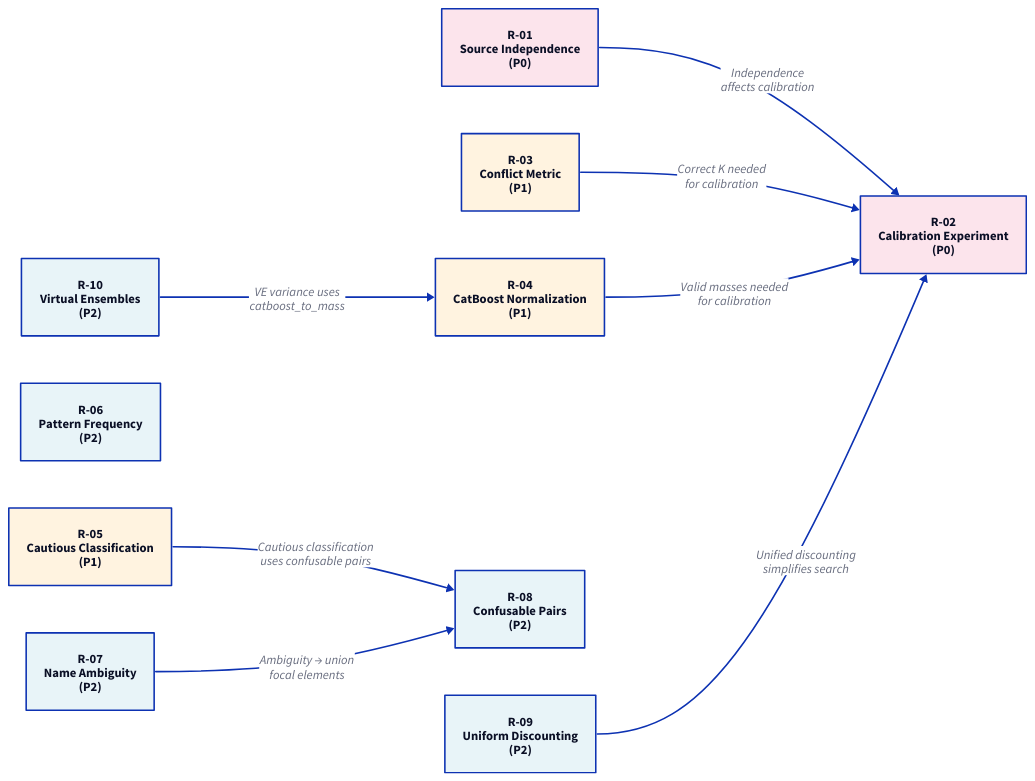
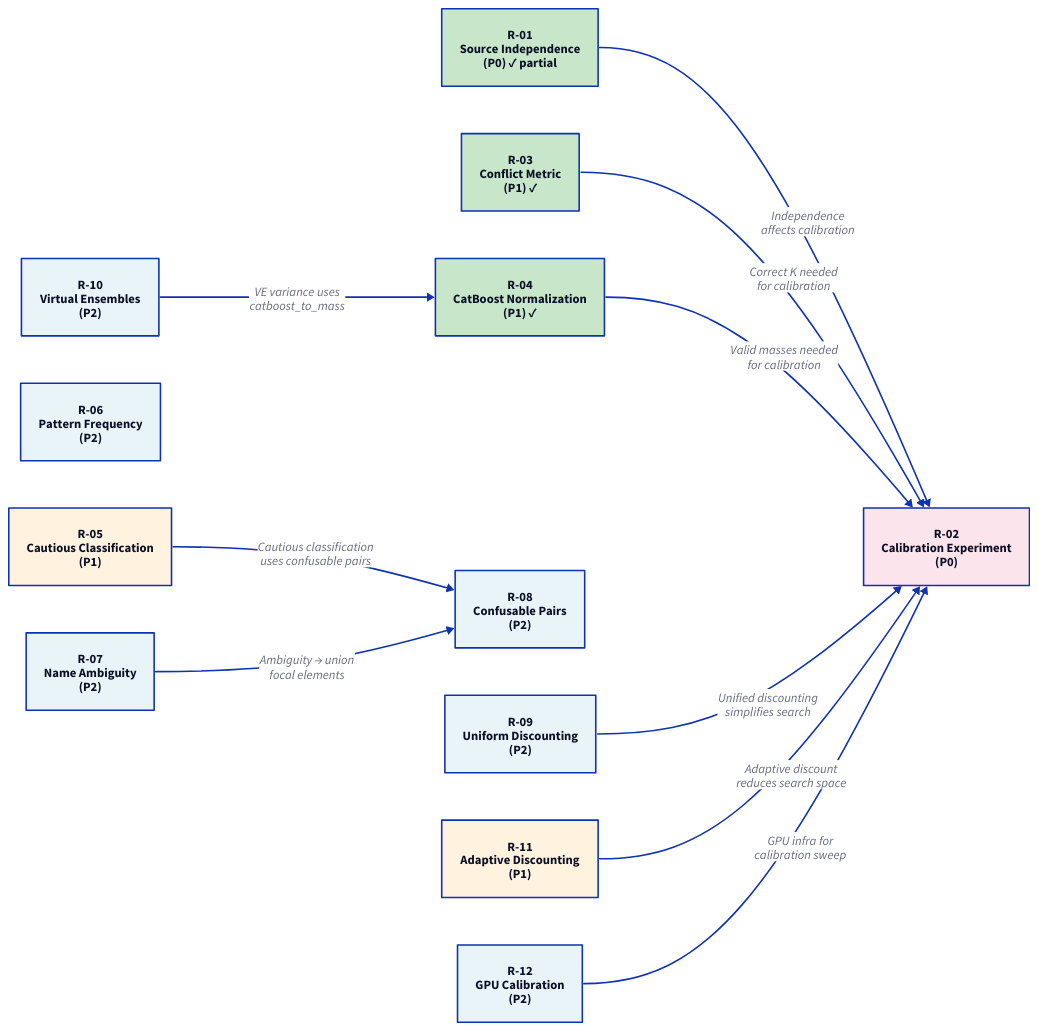
Before and after one commit to weathership/signals: the second of 2 diagrams in docs/current/src/reference/research-roadmap.md, drawn with D2. The commit also changed other lines of this file and 38 other files, not shown here.

First line of the commit message:
SVM 5th evidence source, SHAP explanations, GPU acceleration, self-training mode

````diff
--- a/docs/current/src/reference/research-roadmap.md
+++ b/docs/current/src/reference/research-roadmap.md
@@ -254,22 +303,26 @@
 ```d2
 direction: right
 
-r01: "R-01\nSource Independence\n(P0)" {style.fill: "#fce4ec"}
+r01: "R-01\nSource Independence\n(P0) ✓ partial" {style.fill: "#c8e6c9"}
 r02: "R-02\nCalibration Experiment\n(P0)" {style.fill: "#fce4ec"}
-r03: "R-03\nConflict Metric\n(P1)" {style.fill: "#fff3e0"}
-r04: "R-04\nCatBoost Normalization\n(P1)" {style.fill: "#fff3e0"}
+r03: "R-03\nConflict Metric\n(P1) ✓" {style.fill: "#c8e6c9"}
+r04: "R-04\nCatBoost Normalization\n(P1) ✓" {style.fill: "#c8e6c9"}
 r05: "R-05\nCautious Classification\n(P1)" {style.fill: "#fff3e0"}
 r06: "R-06\nPattern Frequency\n(P2)" {style.fill: "#e8f4f8"}
 r07: "R-07\nName Ambiguity\n(P2)" {style.fill: "#e8f4f8"}
 r08: "R-08\nConfusable Pairs\n(P2)" {style.fill: "#e8f4f8"}
 r09: "R-09\nUniform Discounting\n(P2)" {style.fill: "#e8f4f8"}
 r10: "R-10\nVirtual Ensembles\n(P2)" {style.fill: "#e8f4f8"}
+r11: "R-11\nAdaptive Discounting\n(P1)" {style.fill: "#fff3e0"}
+r12: "R-12\nGPU Calibration\n(P2)" {style.fill: "#e8f4f8"}
 
 r01 -> r02: "Independence\naffects calibration"
 r03 -> r02: "Correct K needed\nfor calibration"
 r04 -> r02: "Valid masses needed\nfor calibration"
 r09 -> r02: "Unified discounting\nsimplifies search"
 r05 -> r08: "Cautious classification\nuses confusable pairs"
 r07 -> r08: "Ambiguity → union\nfocal elements"
 r10 -> r04: "VE variance uses\ncatboost_to_mass"
+r11 -> r02: "Adaptive discount\nreduces search space"
+r12 -> r02: "GPU infra for\ncalibration sweep"
 ```
````
